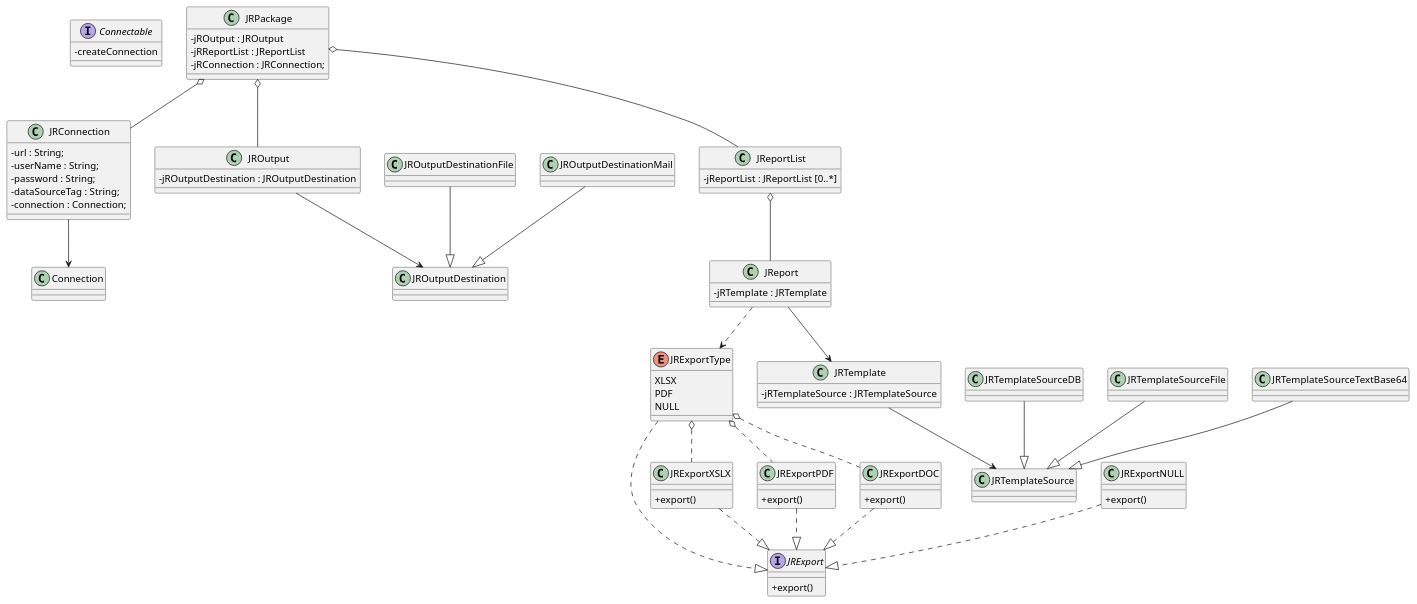
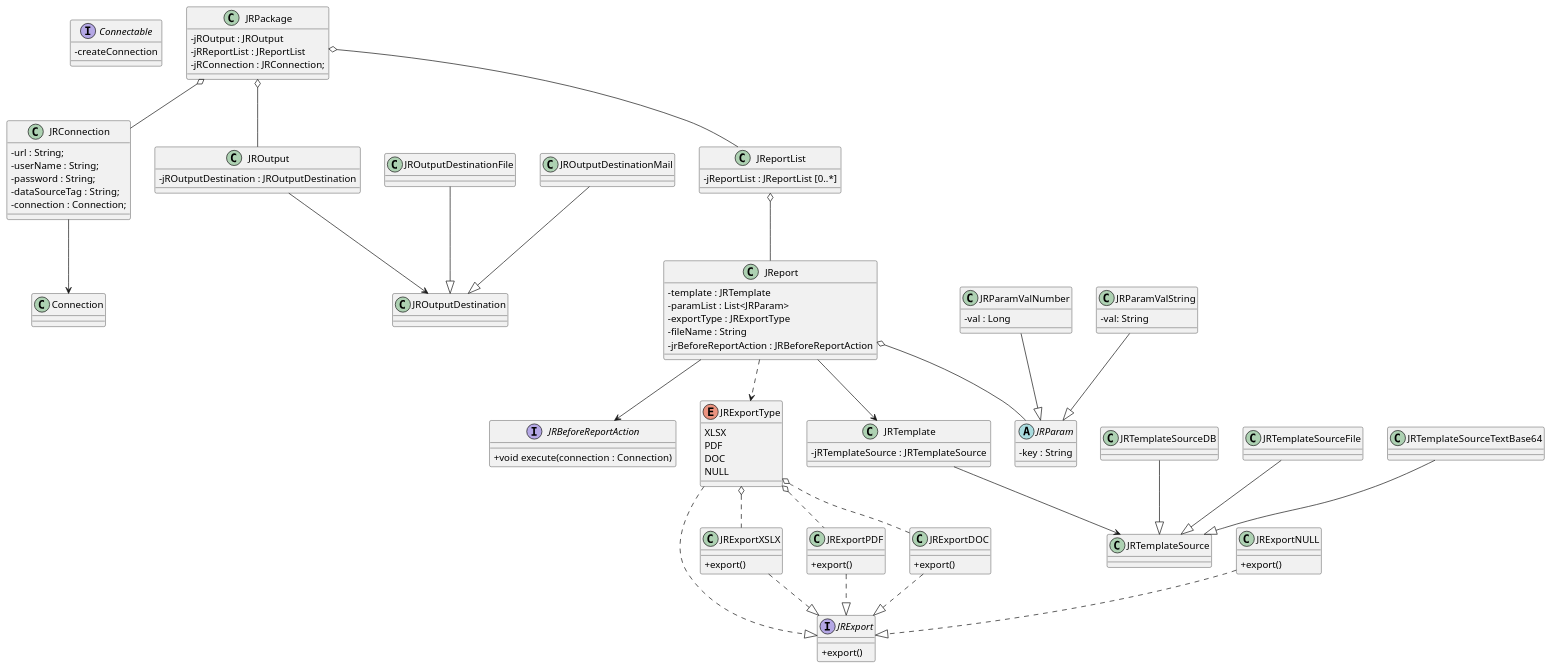
One commit to mntvs/mnt-report changed the diagram in doc/jreport.puml. Above: the diagram before and after it, drawn with PlantUML. The commit also changed 4 other files, not shown here.

```diff
--- a/doc/jreport.puml
+++ b/doc/jreport.puml
@@ -1,107 +1,135 @@
 @startuml
 skinparam classAttributeIconSize 0
 
 interface Connectable {
         -createConnection
 }
 
 class JRConnection {
         -url : String;
         -userName : String;
         -password : String;
         -dataSourceTag : String;
         -connection : Connection;
 }
 
 JRConnection --> Connection
 
 interface JRExport {
     +export()
 }
 
 class JRExportXSLX {
    +export()
 }
 
 class JRExportPDF {
    +export()
 }
 
 
 class JRExportDOC {
    +export()
 }
 
 class JRExportNULL {
    +export()
 }
 
 class JRPackage {
         -jROutput : JROutput
         -jRReportList : JReportList
         -jRConnection : JRConnection;
 }
 
 JRPackage o-- JROutput
 JRPackage o-- JReportList
 JRPackage o-- JRConnection
 
 class JROutput {
     -jROutputDestination : JROutputDestination
 }
 class JROutputDestination
 class JROutputDestinationFile
 class JROutputDestinationMail
 
 JROutputDestinationFile --|> JROutputDestination
 JROutputDestinationMail --|> JROutputDestination
 
 
 class JReport {
- -jRTemplate : JRTemplate
+ -template : JRTemplate
+ -paramList : List<JRParam>
+ -exportType : JRExportType
+ -fileName : String
+ -jrBeforeReportAction : JRBeforeReportAction
+}
+
+interface JRBeforeReportAction {
+    +void execute(connection : Connection)
 }
 
 JRExportType ..|> JRExport
 JRExportXSLX ..|> JRExport
 JRExportPDF ..|> JRExport
 JRExportDOC ..|> JRExport
 JRExportNULL ..|> JRExport
 
 JRExportType o.. JRExportXSLX
 JRExportType o.. JRExportPDF
 JRExportType o.. JRExportDOC
 
 class JReportList {
     -jReportList : JReportList [0..*]
 }
 
 JReport ..> JRExportType
 
+JReport --> JRBeforeReportAction
+
+JReport o--JRParam
+
 JROutput --> JROutputDestination
 JReport --> JRTemplate
 
 JReportList o--JReport
 
 class JRTemplate {
     - jRTemplateSource : JRTemplateSource
 }
 
 class JRTemplateSource
 
 class JRTemplateSourceDB
 class JRTemplateSourceFile
 class JRTemplateSourceTextBase64
 
+abstract class JRParam {
+    - key : String
+}
+
+class JRParamValNumber {
+        - val : Long
+}
+class JRParamValString {
+        - val: String
+}
+
+JRParamValString --|> JRParam
+JRParamValNumber --|> JRParam
+
 JRTemplateSourceDB --|> JRTemplateSource
 JRTemplateSourceFile --|> JRTemplateSource
 JRTemplateSourceTextBase64 --|> JRTemplateSource
 
 JRTemplate --> JRTemplateSource
 
+
 enum JRExportType {
 XLSX
 PDF
+DOC
 NULL
 }
 
 @enduml
```
